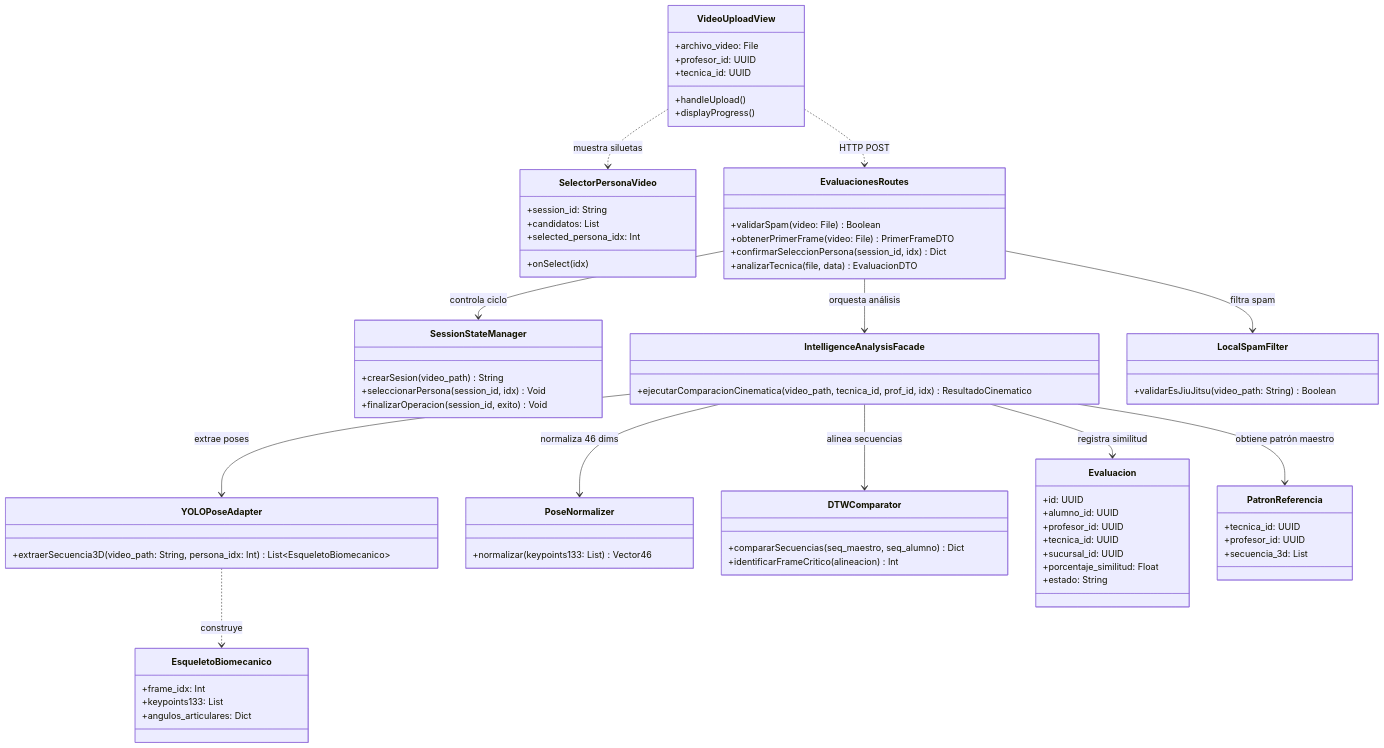
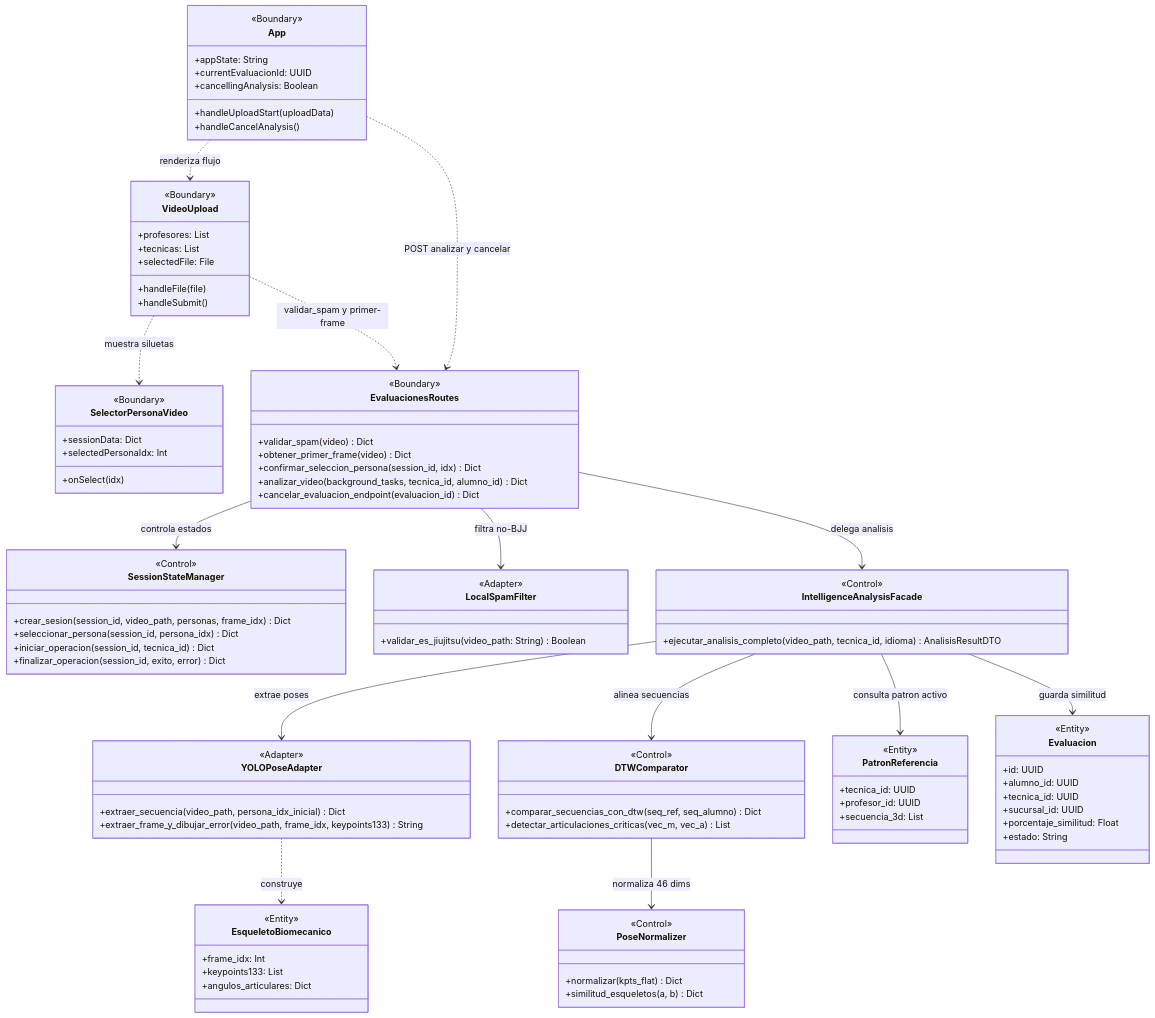
One commit to Tsmrain/JiuJitsu changed the diagram in docs/diagramas/codigo/cu03_clases.mmd. Above: the diagram before and after it, drawn with Mermaid. The commit also changed 86 other files, not shown here.

Commit message:
docs: actualizar ProyectoGrado bajo ICONIX con diagramas Mermaid, Cap IX y CV, y sincronizar cambios recientes

```diff
--- a/docs/diagramas/codigo/cu03_clases.mmd
+++ b/docs/diagramas/codigo/cu03_clases.mmd
@@ -1,83 +1,108 @@
 classDiagram
-    class VideoUploadView {
-        +archivo_video: File
-        +profesor_id: UUID
-        +tecnica_id: UUID
-        +handleUpload()
-        +displayProgress()
+    class App {
+        <<Boundary>>
+        +appState: String
+        +currentEvaluacionId: UUID
+        +cancellingAnalysis: Boolean
+        +handleUploadStart(uploadData)
+        +handleCancelAnalysis()
+    }
+
+    class VideoUpload {
+        <<Boundary>>
+        +profesores: List
+        +tecnicas: List
+        +selectedFile: File
+        +handleFile(file)
+        +handleSubmit()
     }
 
     class SelectorPersonaVideo {
-        +session_id: String
-        +candidatos: List
-        +selected_persona_idx: Int
+        <<Boundary>>
+        +sessionData: Dict
+        +selectedPersonaIdx: Int
         +onSelect(idx)
     }
 
     class EvaluacionesRoutes {
-        +validarSpam(video: File) Boolean
-        +obtenerPrimerFrame(video: File) PrimerFrameDTO
-        +confirmarSeleccionPersona(session_id, idx) Dict
-        +analizarTecnica(file, data) EvaluacionDTO
+        <<Boundary>>
+        +validar_spam(video) Dict
+        +obtener_primer_frame(video) Dict
+        +confirmar_seleccion_persona(session_id, idx) Dict
+        +analizar_video(background_tasks, tecnica_id, alumno_id) Dict
+        +cancelar_evaluacion_endpoint(evaluacion_id) Dict
     }
 
     class SessionStateManager {
-        +crearSesion(video_path) String
-        +seleccionarPersona(session_id, idx) Void
-        +finalizarOperacion(session_id, exito) Void
+        <<Control>>
+        +crear_sesion(session_id, video_path, personas, frame_idx) Dict
+        +seleccionar_persona(session_id, persona_idx) Dict
+        +iniciar_operacion(session_id, tecnica_id) Dict
+        +finalizar_operacion(session_id, exito, error) Dict
+    }
+
+    class LocalSpamFilter {
+        <<Adapter>>
+        +validar_es_jiujitsu(video_path: String) Boolean
     }
 
     class IntelligenceAnalysisFacade {
-        +ejecutarComparacionCinematica(video_path, tecnica_id, prof_id, idx) ResultadoCinematico
-    }
-
-    class LocalSpamFilter {
-        +validarEsJiuJitsu(video_path: String) Boolean
+        <<Control>>
+        +ejecutar_analisis_completo(video_path, tecnica_id, idioma) AnalisisResultDTO
     }
 
     class YOLOPoseAdapter {
-        +extraerSecuencia3D(video_path: String, persona_idx: Int) List~EsqueletoBiomecanico~
+        <<Adapter>>
+        +extraer_secuencia(video_path, persona_idx_inicial) Dict
+        +extraer_frame_y_dibujar_error(video_path, frame_idx, keypoints133) String
     }
 
     class PoseNormalizer {
-        +normalizar(keypoints133: List) Vector46
+        <<Control>>
+        +normalizar(kpts_flat) Dict
+        +similitud_esqueletos(a, b) Dict
     }
 
     class DTWComparator {
-        +compararSecuencias(seq_maestro, seq_alumno) Dict
-        +identificarFrameCritico(alineacion) Int
+        <<Control>>
+        +comparar_secuencias_con_dtw(seq_ref, seq_alumno) Dict
+        +detectar_articulaciones_criticas(vec_m, vec_a) List
     }
 
     class Evaluacion {
+        <<Entity>>
         +id: UUID
         +alumno_id: UUID
-        +profesor_id: UUID
         +tecnica_id: UUID
         +sucursal_id: UUID
         +porcentaje_similitud: Float
         +estado: String
     }
 
     class PatronReferencia {
+        <<Entity>>
         +tecnica_id: UUID
         +profesor_id: UUID
         +secuencia_3d: List
     }
 
     class EsqueletoBiomecanico {
+        <<Entity>>
         +frame_idx: Int
         +keypoints133: List
         +angulos_articulares: Dict
     }
 
-    VideoUploadView ..> SelectorPersonaVideo : muestra siluetas
-    VideoUploadView ..> EvaluacionesRoutes : HTTP POST
-    EvaluacionesRoutes --> SessionStateManager : controla ciclo
-    EvaluacionesRoutes --> LocalSpamFilter : filtra spam
-    EvaluacionesRoutes --> IntelligenceAnalysisFacade : orquesta análisis
+    App ..> VideoUpload : renderiza flujo
+    App ..> EvaluacionesRoutes : POST analizar y cancelar
+    VideoUpload ..> SelectorPersonaVideo : muestra siluetas
+    VideoUpload ..> EvaluacionesRoutes : validar_spam y primer-frame
+    EvaluacionesRoutes --> SessionStateManager : controla estados
+    EvaluacionesRoutes --> LocalSpamFilter : filtra no-BJJ
+    EvaluacionesRoutes --> IntelligenceAnalysisFacade : delega analisis
     IntelligenceAnalysisFacade --> YOLOPoseAdapter : extrae poses
-    IntelligenceAnalysisFacade --> PoseNormalizer : normaliza 46 dims
     IntelligenceAnalysisFacade --> DTWComparator : alinea secuencias
-    IntelligenceAnalysisFacade --> PatronReferencia : obtiene patrón maestro
-    IntelligenceAnalysisFacade --> Evaluacion : registra similitud
+    DTWComparator --> PoseNormalizer : normaliza 46 dims
+    IntelligenceAnalysisFacade --> PatronReferencia : consulta patron activo
+    IntelligenceAnalysisFacade --> Evaluacion : guarda similitud
     YOLOPoseAdapter ..> EsqueletoBiomecanico : construye
```
